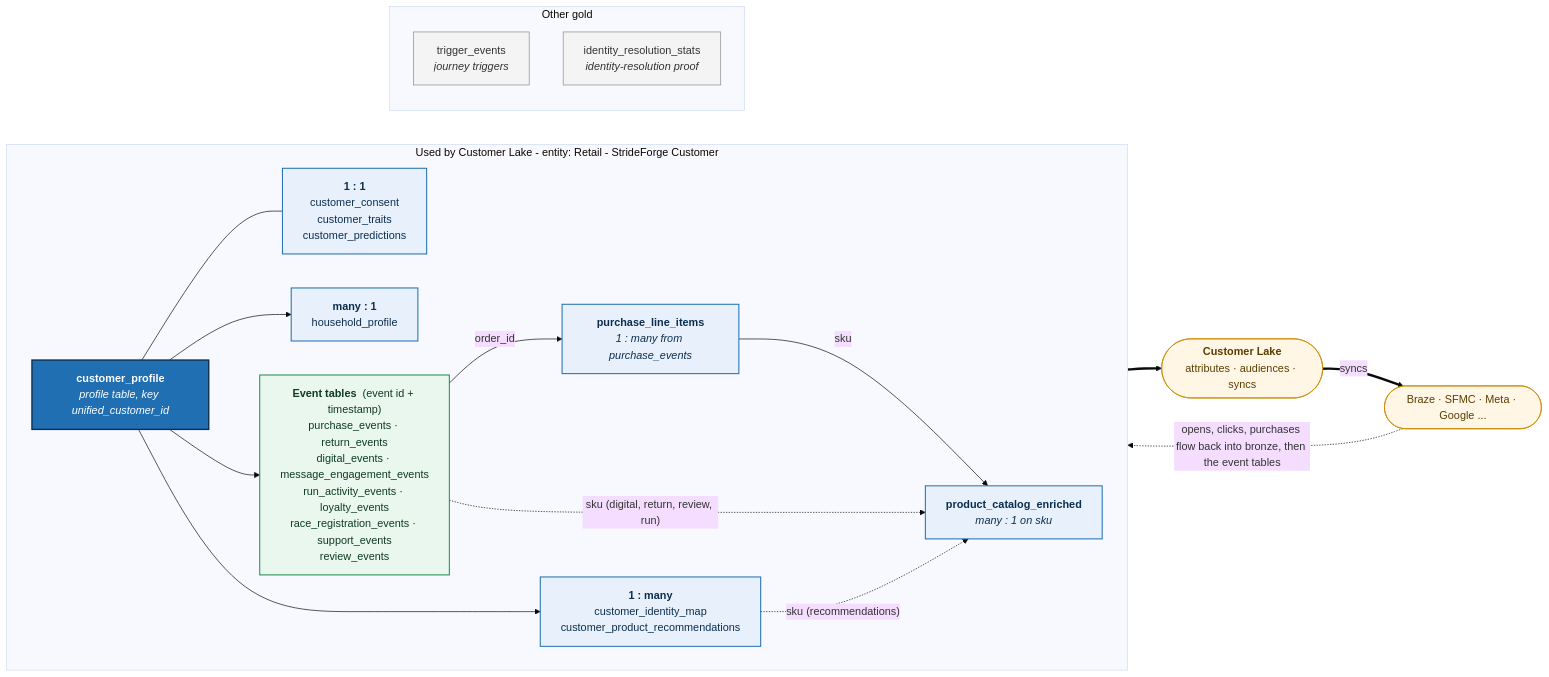
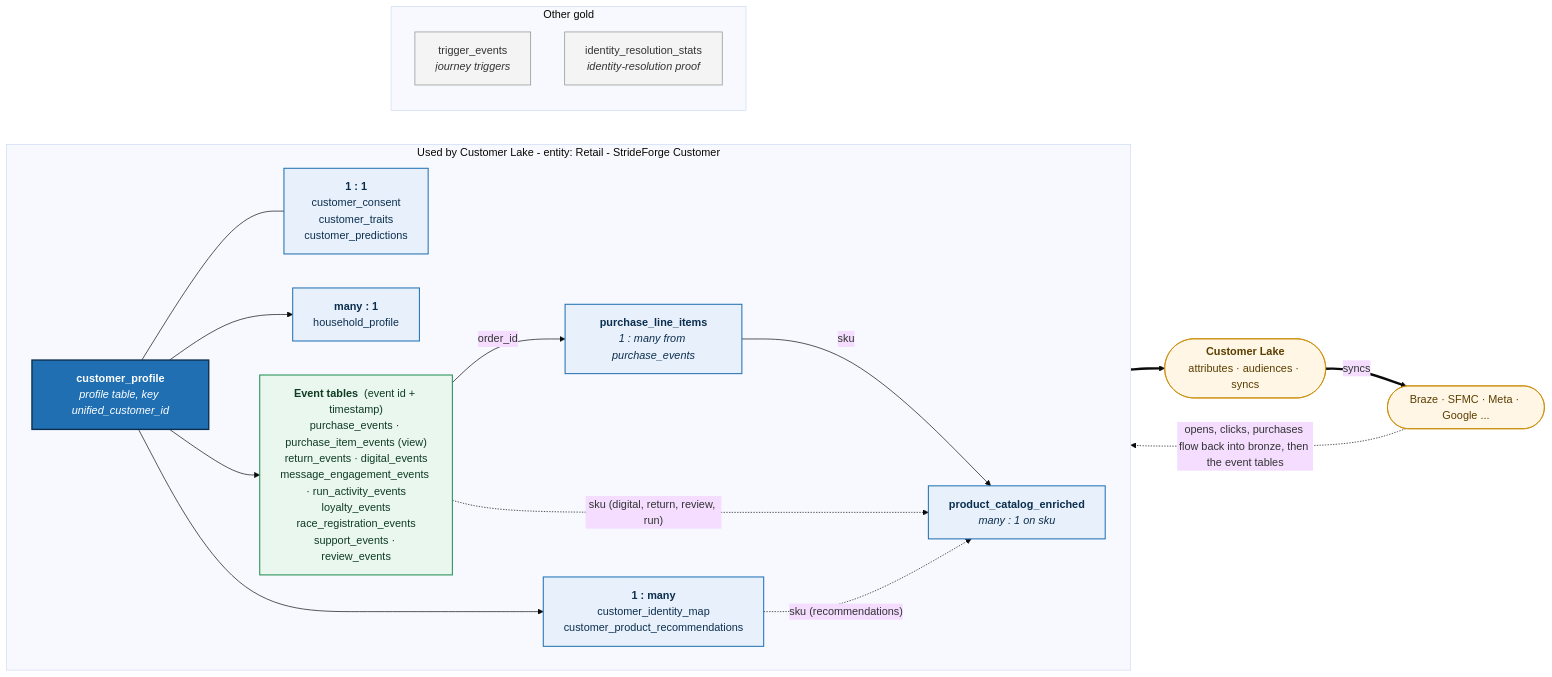
One commit to ariforu/customer-lake-retail-demo changed the diagram in docs/gold_data_model.mmd. Above: the diagram before and after it, drawn with Mermaid (base theme). The commit also changed 7 other files, not shown here.

First line of the commit message:
Add purchase_item_events view (order lines with order and product details)

```diff
--- a/docs/gold_data_model.mmd
+++ b/docs/gold_data_model.mmd
@@ -1,39 +1,39 @@
 flowchart LR
   classDef core fill:#1F6FB2,stroke:#0B2E4F,stroke-width:2px,color:#FFFFFF
   classDef cdp fill:#E8F1FB,stroke:#1F6FB2,stroke-width:1.5px,color:#0B2E4F
   classDef evt fill:#EAF7EF,stroke:#1E8E4E,stroke-width:1.5px,color:#0E3B22
   classDef ana fill:#F4F4F4,stroke:#8A8A8A,stroke-width:1px,color:#333333
   classDef ext fill:#FFF6E5,stroke:#C98A00,stroke-width:1px,color:#5A3E00
 
   subgraph CL["Used by Customer Lake  -  entity: Retail - StrideForge Customer"]
     direction LR
     PROFILE["<b>customer_profile</b><br/><i>profile table, key unified_customer_id</i>"]:::core
     ONE["<b>1 : 1</b><br/>customer_consent<br/>customer_traits<br/>customer_predictions"]:::cdp
     HH["<b>many : 1</b><br/>household_profile"]:::cdp
     MANY["<b>1 : many</b><br/>customer_identity_map<br/>customer_product_recommendations"]:::cdp
-    EV["<b>Event tables</b>  (event id + timestamp)<br/>purchase_events · return_events<br/>digital_events · message_engagement_events<br/>run_activity_events · loyalty_events<br/>race_registration_events · support_events<br/>review_events"]:::evt
+    EV["<b>Event tables</b>  (event id + timestamp)<br/>purchase_events · purchase_item_events (view)<br/>return_events · digital_events<br/>message_engagement_events · run_activity_events<br/>loyalty_events<br/>race_registration_events<br/>support_events · review_events"]:::evt
     LINES["<b>purchase_line_items</b><br/><i>1 : many from purchase_events</i>"]:::cdp
     CATALOG["<b>product_catalog_enriched</b><br/><i>many : 1 on sku</i>"]:::cdp
 
     PROFILE --- ONE
     PROFILE --> HH
     PROFILE --> MANY
     PROFILE --> EV
     EV -->|"order_id"| LINES
     LINES -->|"sku"| CATALOG
     EV -.->|"sku (digital, return, review, run)"| CATALOG
     MANY -.->|"sku (recommendations)"| CATALOG
   end
 
   subgraph OTHER["Other gold"]
     direction TB
     TRIG["trigger_events<br/><i>journey triggers</i>"]:::ana
     IRS["identity_resolution_stats<br/><i>identity-resolution proof</i>"]:::ana
   end
 
   LAKE(["<b>Customer Lake</b><br/>attributes · audiences · syncs"]):::ext
   DEST(["Braze · SFMC · Meta · Google ..."]):::ext
 
   CL ==> LAKE
   LAKE ==>|"syncs"| DEST
   DEST -.->|"opens, clicks, purchases flow back into bronze, then the event tables"| EV
```
